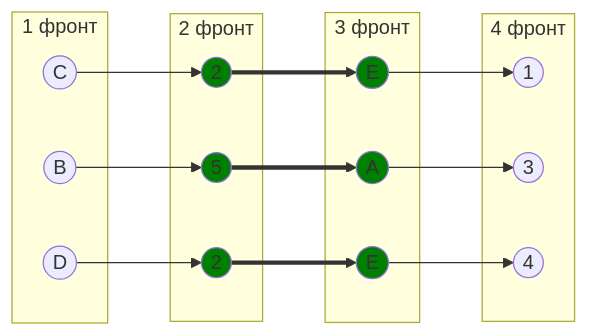
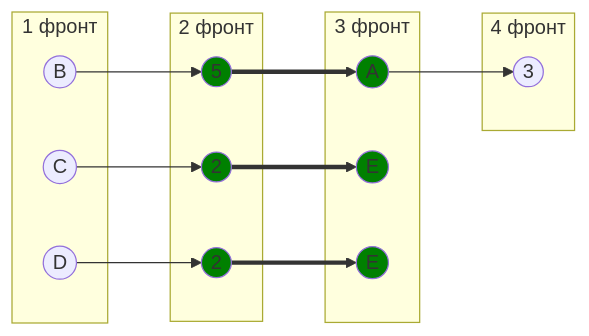
The second of 10 diagrams in Задание 8/DIVI.md (algos-ris-24-5/manual-tasks), drawn with Mermaid before and after one commit. The commit also changed other lines of this file, not shown here.

Commit message:
исправлено

````diff
--- a/Задание 8/DIVI.md
+++ b/Задание 8/DIVI.md
@@ -47,39 +47,35 @@
 ```mermaid
 graph LR
     subgraph "1 фронт"
         B((B))
         C((C))
         D((D))
     end
     subgraph "2 фронт"
         5((5))
         2_1((2))
         2_2((2))
     end
     subgraph "3 фронт"
         A((A))
         E((E))
         E_1((E))
     end
     subgraph "4 фронт"
         3((3))
-        1((1))
-        4((4))
     end
 
     B --> 5 ==> A
     C --> 2_1 ==> E
     A --> 3
-    E --> 1
-    E_1 --> 4
     D --> 2_2 
     2_2 ==> E_1
 
 
     style 5 fill:#008000
     style 2_1 fill:#008000
     style 2_2 fill:#008000
     style A fill:#008000
     style E fill:#008000
     style E_1 fill:#008000
 ```
````
